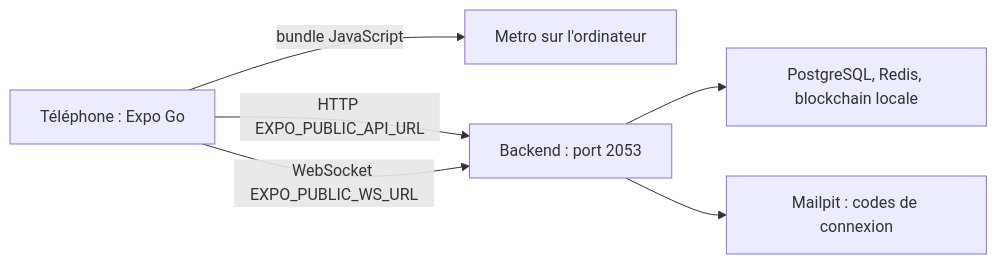
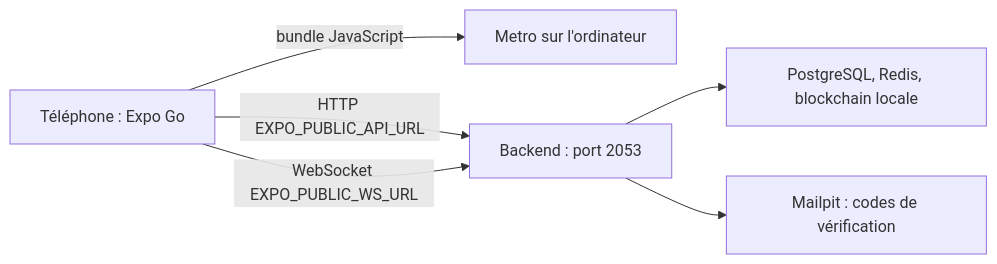
One commit to MarceauTDML/BlockLucky changed the diagram in documentation-officielle/content/mobile/telephone-physique.md. Above: the diagram before and after it, drawn with Mermaid. The commit also changed other lines of this file and 211 other files, not shown here.

````diff
--- a/documentation-officielle/content/mobile/telephone-physique.md
+++ b/documentation-officielle/content/mobile/telephone-physique.md
@@ -16,8 +16,8 @@
 ```mermaid
 flowchart LR
   T["Téléphone : Expo Go"] -->|"bundle JavaScript"| M["Metro sur l'ordinateur"]
   T -->|"HTTP EXPO_PUBLIC_API_URL"| B["Backend : port 2053"]
   T -->|"WebSocket EXPO_PUBLIC_WS_URL"| B
   B --> DB["PostgreSQL, Redis, blockchain locale"]
-  B --> MP["Mailpit : codes de connexion"]
+  B --> MP["Mailpit : codes de vérification"]
 ```
````
